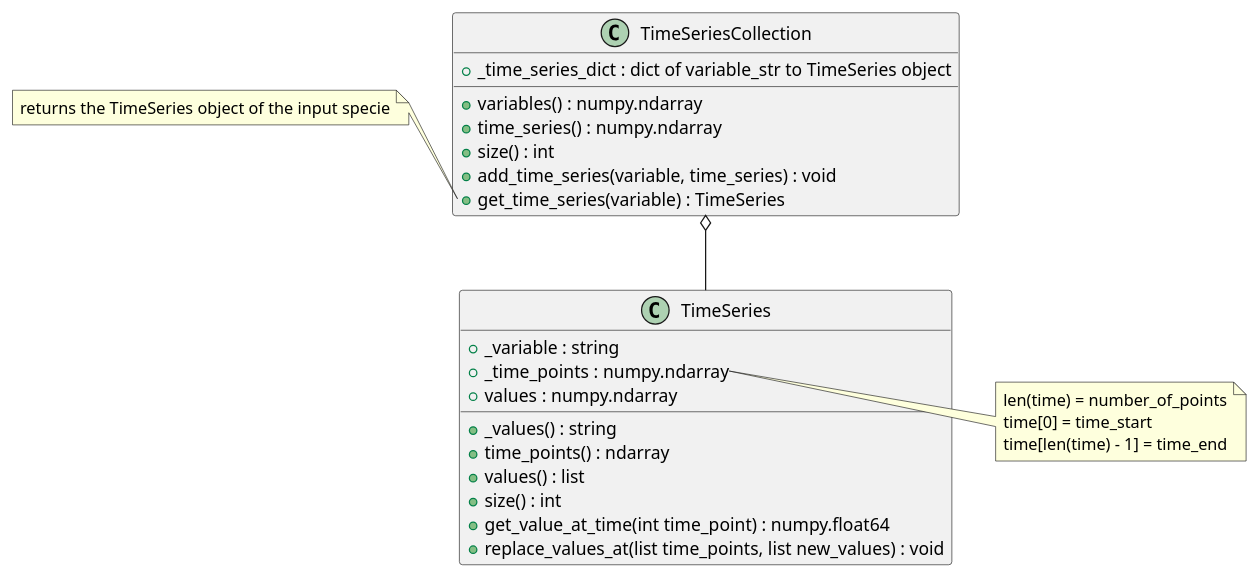
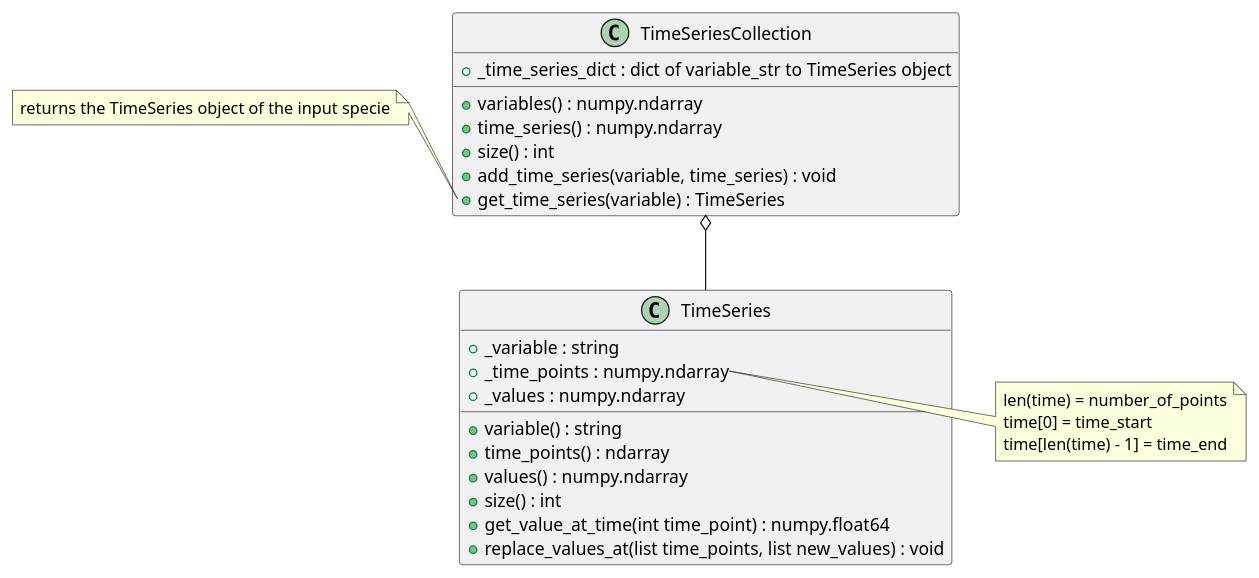
Before and after one commit to sys-bio/SBviper: the diagram in Design/ts_tsc.plantuml, drawn with PlantUML. The commit also changed 4 other files, not shown here.

```diff
--- a/Design/ts_tsc.plantuml
+++ b/Design/ts_tsc.plantuml
@@ -1,38 +1,38 @@
 @startuml
 
 TimeSeriesCollection o-- TimeSeries
 
 'TimeSeries *-- SteadyState
 
 class TimeSeriesCollection {
     +_time_series_dict : dict of variable_str to TimeSeries object
     +variables() : numpy.ndarray
     +time_series() : numpy.ndarray
     +size() : int
     +add_time_series(variable, time_series) : void
     +get_time_series(variable) : TimeSeries
 }
 
 class TimeSeries {
     +_variable : string
     +_time_points : numpy.ndarray
-    +_values() : string
+    +_values : numpy.ndarray
+    +variable() : string
     +time_points() : ndarray
-    +values : numpy.ndarray
-    +values() : list
+    +values() : numpy.ndarray
     +size() : int
     +get_value_at_time(int time_point) : numpy.float64
     +replace_values_at(list time_points, list new_values) : void
 }
 
 note left of TimeSeriesCollection::get_time_series {
     returns the TimeSeries object of the input specie
 }
 
 note right of TimeSeries::time {
     len(time) = number_of_points
     time[0] = time_start
     time[len(time) - 1] = time_end
 }
 
 @enduml
```
